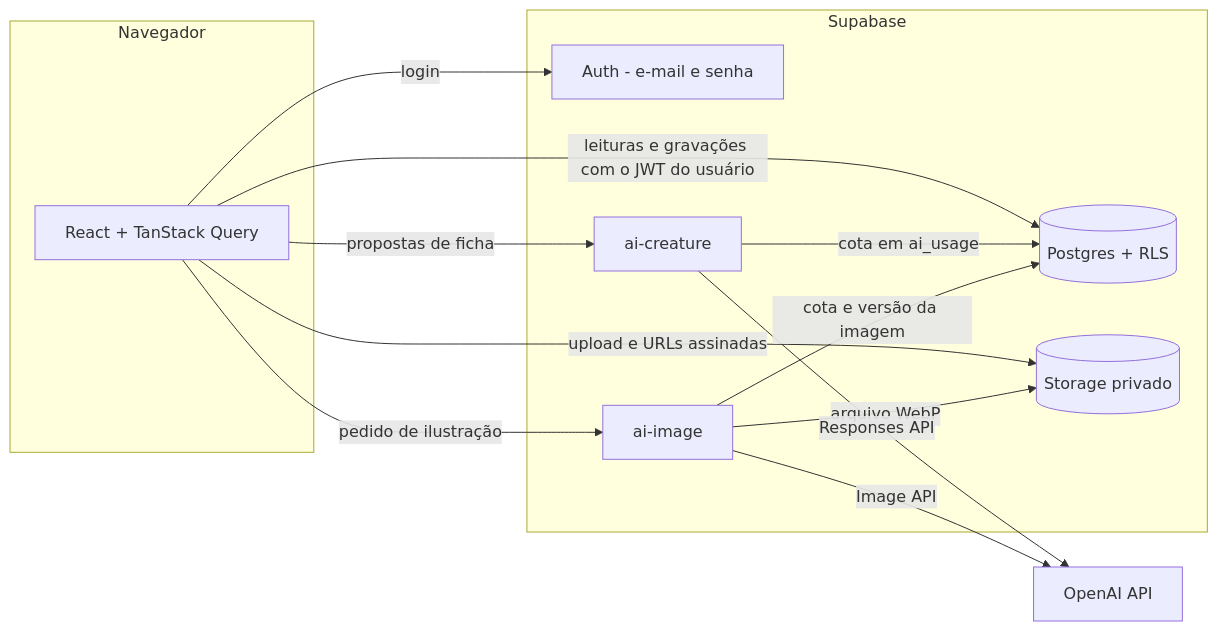
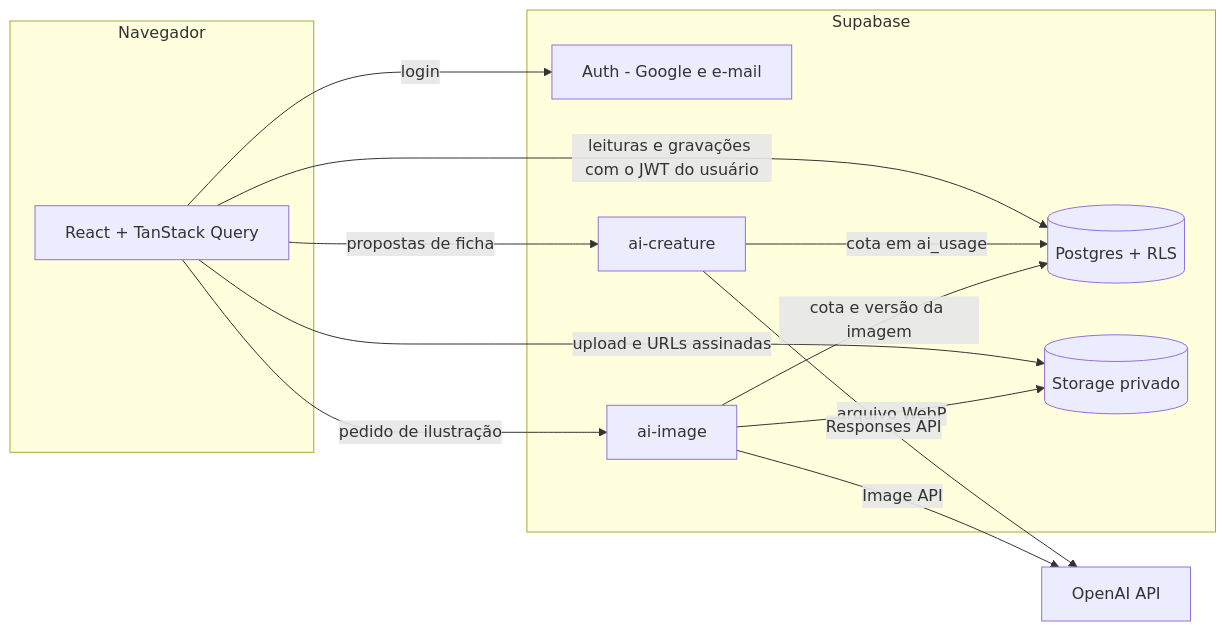
One commit to BrenoRev/bestiario-rpg changed the diagram in README.md. Above: the diagram before and after it, drawn with Mermaid. The commit also changed other lines of this file and 16 other files, not shown here.

First line of the commit message:
feat(auth): login com Google

````diff
--- a/README.md
+++ b/README.md
@@ -33,25 +33,25 @@
 ```mermaid
 flowchart LR
   subgraph Navegador
     UI[React + TanStack Query]
   end
   subgraph Supabase
-    Auth[Auth - e-mail e senha]
+    Auth[Auth - Google e e-mail]
     DB[(Postgres + RLS)]
     ST[(Storage privado)]
     F1[ai-creature]
     F2[ai-image]
   end
   OAI[OpenAI API]
 
   UI -- login --> Auth
   UI -- leituras e gravações com o JWT do usuário --> DB
   UI -- upload e URLs assinadas --> ST
   UI -- propostas de ficha --> F1
   UI -- pedido de ilustração --> F2
   F1 -- cota em ai_usage --> DB
   F2 -- cota e versão da imagem --> DB
   F2 -- arquivo WebP --> ST
   F1 -- Responses API --> OAI
   F2 -- Image API --> OAI
 ```
````
